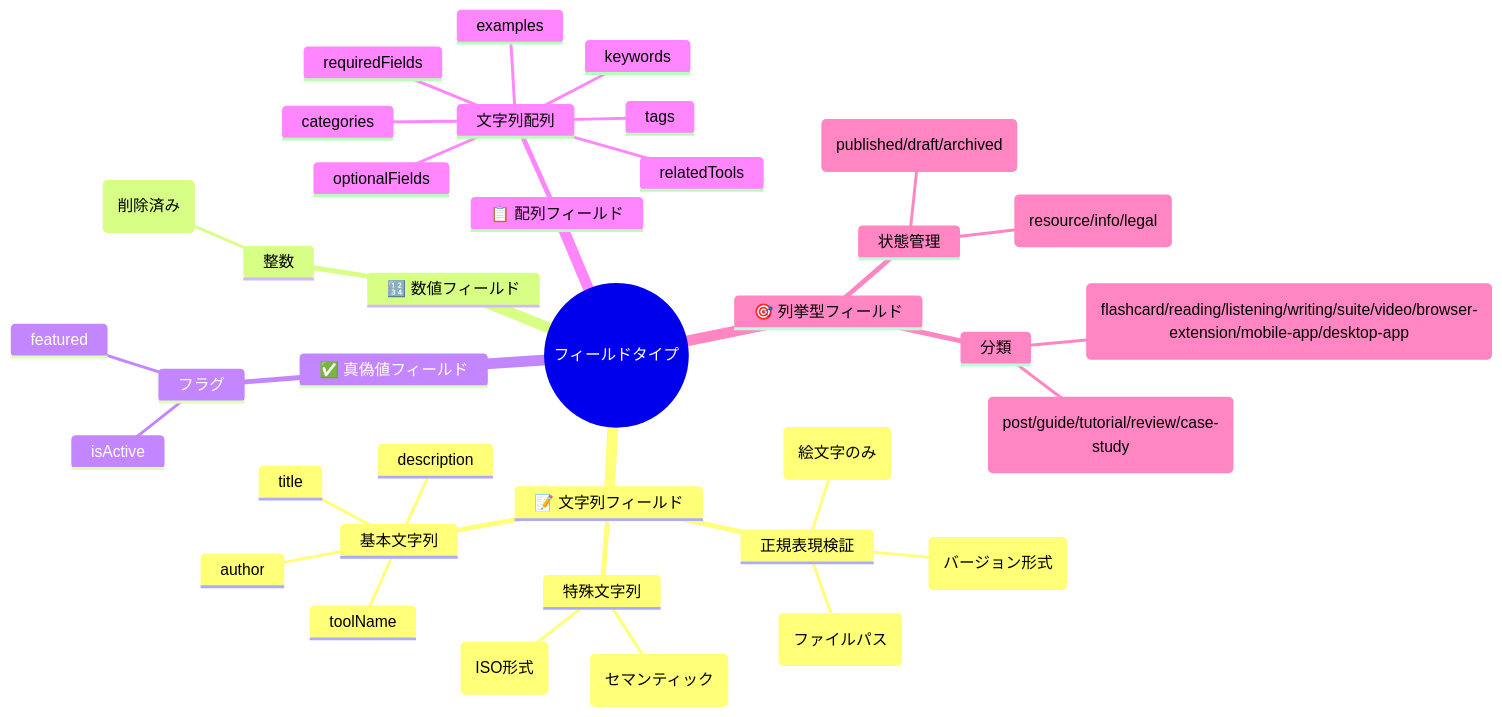
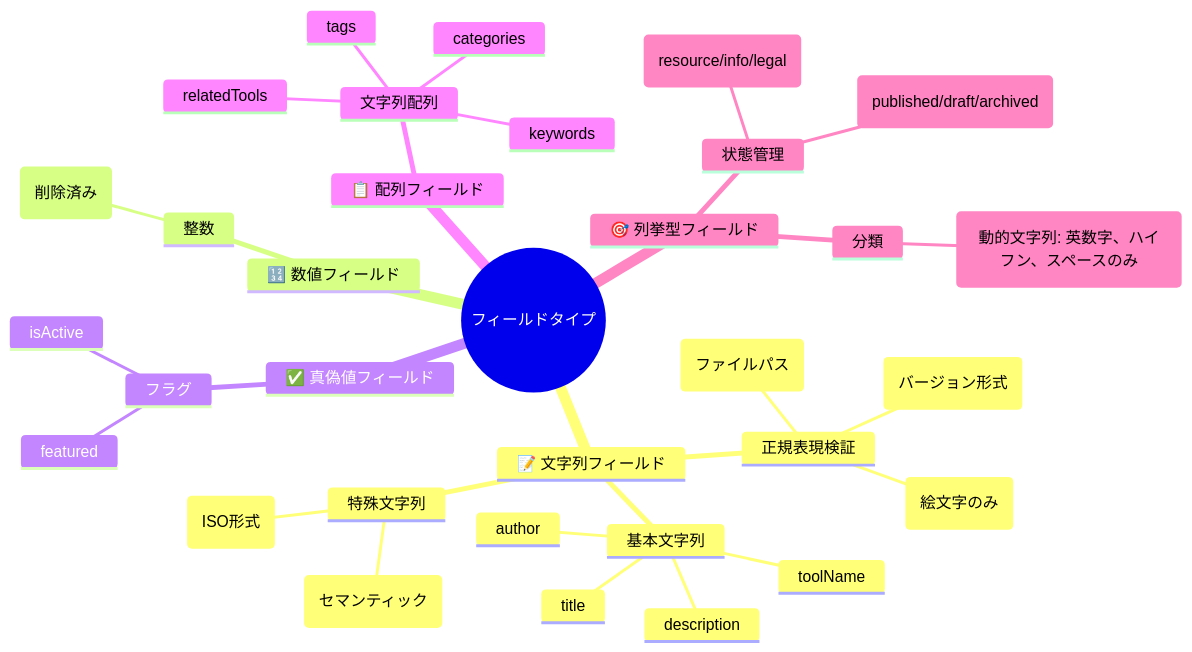
The third of 6 diagrams in src/content/README.md (YoshiaKefasu/GoRakuDo), drawn with Mermaid before and after one commit. The commit also changed other lines of this file and 21 other files, not shown here.

````diff
--- a/src/content/README.md
+++ b/src/content/README.md
@@ -117,40 +100,36 @@
 ```mermaid
 mindmap
   root((フィールドタイプ))
     📝 文字列フィールド
       基本文字列
         title
         description
         author
         toolName
       特殊文字列
         publishedDate (ISO形式)
         version (セマンティック)
       正規表現検証
         emoji (絵文字のみ)
         icon (ファイルパス)
         toolVersion (バージョン形式)
     🔢 数値フィールド
       整数
         readTime (削除済み)
     ✅ 真偽値フィールド
       フラグ
         featured
         isActive
     📋 配列フィールド
       文字列配列
         categories
         tags
         keywords
         relatedTools
-        requiredFields
-        optionalFields
-        examples
     🎯 列挙型フィールド
       状態管理
         status (published/draft/archived)
         contentType (resource/info/legal)
       分類
-        templateType (post/guide/tutorial/review/case-study)
-        toolCategory (flashcard/reading/listening/writing/suite/video/browser-extension/mobile-app/desktop-app)
+        toolCategory (動的文字列: 英数字、ハイフン、スペースのみ)
 ```
````
